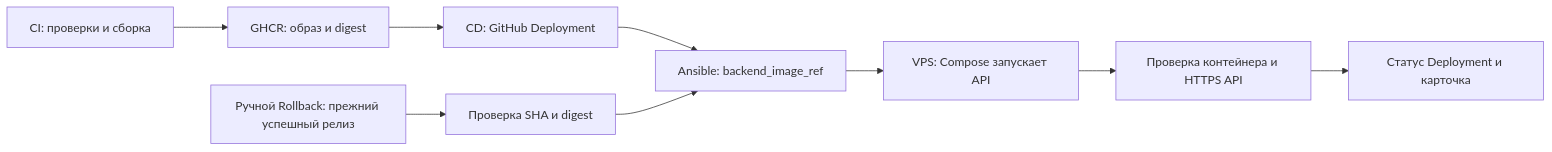
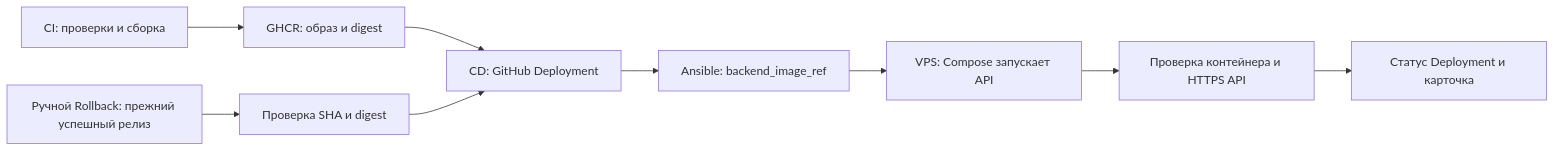
The diagram in site/modules/2/tracks/backend-cicd.md (Cringe-Driven-Development-Team/docs), drawn with Mermaid before and after one commit. The commit also changed other lines of this file and 3 other files, not shown here.

````diff
--- a/site/modules/2/tracks/backend-cicd.md
+++ b/site/modules/2/tracks/backend-cicd.md
@@ -23,11 +23,11 @@
 ```mermaid
 flowchart LR
     CI["CI: проверки и сборка"] --> GHCR["GHCR: образ и digest"]
     GHCR --> CD["CD: GitHub Deployment"]
     CD --> ANS["Ansible: backend_image_ref"]
     RB["Ручной Rollback: прежний успешный релиз"] --> PRE["Проверка SHA и digest"]
-    PRE --> ANS
+    PRE --> CD
     ANS --> VPS["VPS: Compose запускает API"]
     VPS --> CHECK["Проверка контейнера и HTTPS API"]
     CHECK --> RESULT["Статус Deployment и карточка"]
 ```
````
